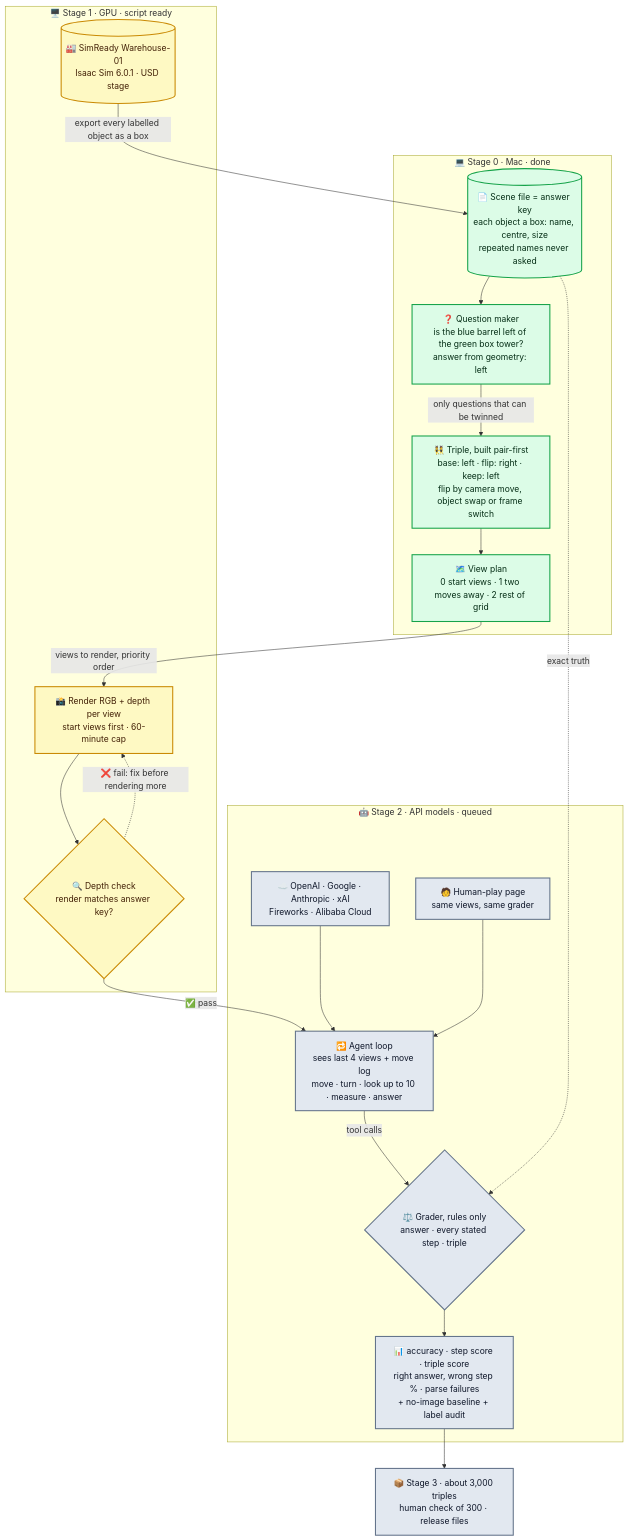
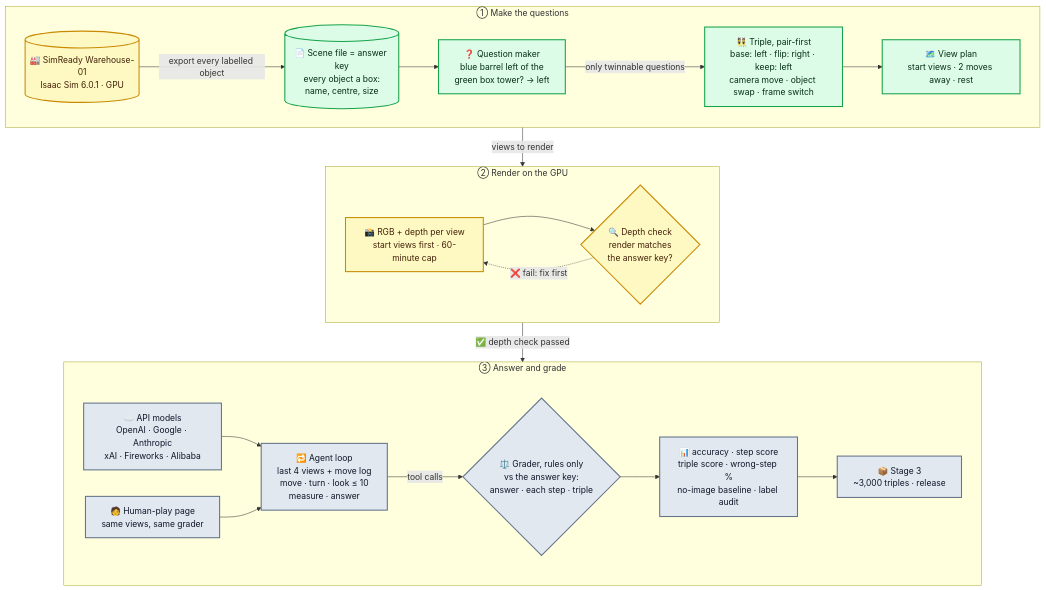
Before and after one commit to kapilw25/kapilw25.github.io: the diagram in dataset-bench-lab/p03/flowchart.mmd, drawn with Mermaid. The commit also changed 1 other file, not shown here.

Commit message:
p03: flowchart fits one screen (rows by step)

```diff
--- a/dataset-bench-lab/p03/flowchart.mmd
+++ b/dataset-bench-lab/p03/flowchart.mmd
@@ -1,42 +1,38 @@
-flowchart TD
-  subgraph S1["🖥️ Stage 1 · GPU · script ready"]
-    W[("🏭 SimReady Warehouse-01<br/>Isaac Sim 6.0.1 · USD stage")]
-    R["📸 Render RGB + depth per view<br/>start views first · 60-minute cap"]
-    DC{"🔍 Depth check<br/>render matches answer key?"}
+flowchart TB
+  subgraph A["① Make the questions"]
+    direction LR
+    W[("🏭 SimReady Warehouse-01<br/>Isaac Sim 6.0.1 · GPU")]
+    SF[("📄 Scene file = answer key<br/>every object a box:<br/>name, centre, size")]
+    QM["❓ Question maker<br/>blue barrel left of the<br/>green box tower? → left"]
+    TR["👯 Triple, pair-first<br/>base: left · flip: right · keep: left<br/>camera move · object swap · frame switch"]
+    VP["🗺️ View plan<br/>start views · 2 moves away · rest"]
+    W -->|export every labelled object| SF --> QM -->|only twinnable questions| TR --> VP
   end
-  subgraph S0["💻 Stage 0 · Mac · done"]
-    SF[("📄 Scene file = answer key<br/>each object a box: name, centre, size<br/>repeated names never asked")]
-    QM["❓ Question maker<br/>is the blue barrel left of the green box tower?<br/>answer from geometry: left"]
-    TR["👯 Triple, built pair-first<br/>base: left · flip: right · keep: left<br/>flip by camera move, object swap or frame switch"]
-    VP["🗺️ View plan<br/>0 start views · 1 two moves away · 2 rest of grid"]
+  subgraph B["② Render on the GPU"]
+    direction LR
+    R["📸 RGB + depth per view<br/>start views first · 60-minute cap"]
+    DC{"🔍 Depth check<br/>render matches<br/>the answer key?"}
+    R --> DC
+    DC -.->|❌ fail: fix first| R
   end
-  subgraph S2["🤖 Stage 2 · API models · queued"]
-    M["☁️ OpenAI · Google · Anthropic · xAI<br/>Fireworks · Alibaba Cloud"]
+  subgraph C["③ Answer and grade"]
+    direction LR
+    M["☁️ API models<br/>OpenAI · Google · Anthropic<br/>xAI · Fireworks · Alibaba"]
     H["🧑 Human-play page<br/>same views, same grader"]
-    AL["🔁 Agent loop<br/>sees last 4 views + move log<br/>move · turn · look up to 10 · measure · answer"]
-    G{"⚖️ Grader, rules only<br/>answer · every stated step · triple"}
-    OUT["📊 accuracy · step score · triple score<br/>right answer, wrong step % · parse failures<br/>+ no-image baseline + label audit"]
+    AL["🔁 Agent loop<br/>last 4 views + move log<br/>move · turn · look ≤ 10<br/>measure · answer"]
+    G{"⚖️ Grader, rules only<br/>vs the answer key:<br/>answer · each step · triple"}
+    OUT["📊 accuracy · step score<br/>triple score · wrong-step %<br/>no-image baseline · label audit"]
+    S3["📦 Stage 3<br/>~3,000 triples · release"]
+    M --> AL
+    H --> AL
+    AL -->|tool calls| G --> OUT --> S3
   end
-  S3["📦 Stage 3 · about 3,000 triples<br/>human check of 300 · release files"]
-
-  W -->|export every labelled object as a box| SF
-  SF --> QM
-  QM -->|only questions that can be twinned| TR
-  TR --> VP
-  VP -->|views to render, priority order| R
-  R --> DC
-  DC -->|✅ pass| AL
-  DC -.->|❌ fail: fix before rendering more| R
-  M --> AL
-  H --> AL
-  AL -->|tool calls| G
-  SF -.->|exact truth| G
-  G --> OUT
-  OUT --> S3
+  A -->|views to render| B
+  B -->|✅ depth check passed| C
 
   classDef done fill:#dcfce7,stroke:#16a34a,stroke-width:2px,color:#052e16
   classDef ready fill:#fef9c3,stroke:#ca8a04,stroke-width:2px,color:#422006
   classDef queued fill:#e2e8f0,stroke:#64748b,stroke-width:2px,color:#0f172a
   class SF,QM,TR,VP done
   class W,R,DC ready
   class M,H,AL,G,OUT,S3 queued
```
